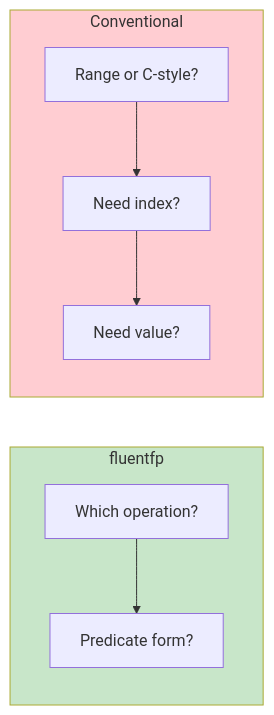
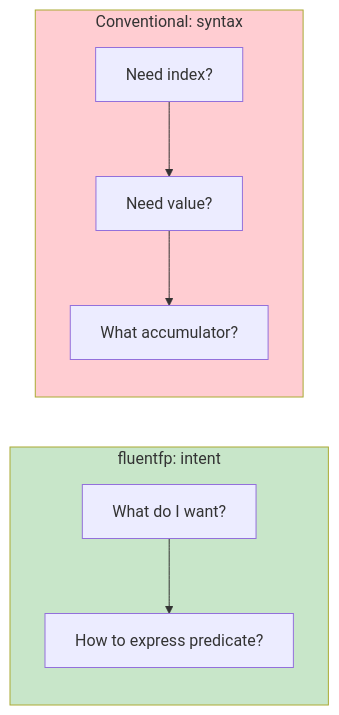
Before and after one commit to binaryphile/fluentfp: the third of 4 diagrams in analysis.md, drawn with Mermaid. The commit also changed other lines of this file, not shown here.

First line of the commit message:
Improve Mental Load Comparison: parallel concepts, syntax/intent in diagram

````diff
--- a/analysis.md
+++ b/analysis.md
@@ -69,14 +68,14 @@
 ```mermaid
 flowchart LR
-    subgraph fluentfp["fluentfp"]
-        F1["Which operation?"] --> F2["Predicate form?"]
+    subgraph fluentfp["fluentfp: intent"]
+        F1["What do I want?"] --> F2["How to express predicate?"]
     end
 
-    subgraph Conventional["Conventional"]
-        C1["Range or C-style?"] --> C2["Need index?"]
-        C2 --> C3["Need value?"]
+    subgraph Conventional["Conventional: syntax"]
+        C1["Need index?"] --> C2["Need value?"]
+        C2 --> C3["What accumulator?"]
     end
 
     style fluentfp fill:#c8e6c9
     style Conventional fill:#ffcdd2
 ```
````
